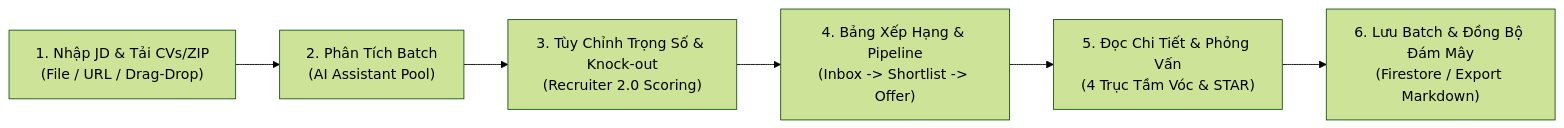
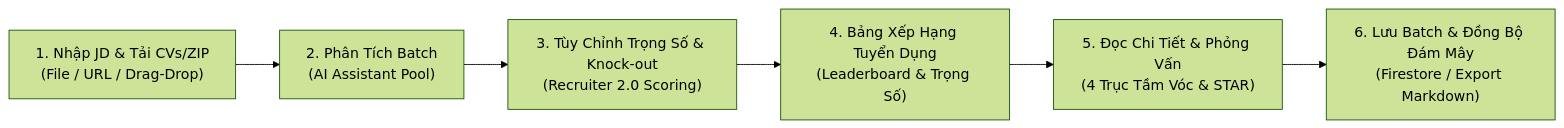
Before and after one commit to vutch86-cmyk/rolematch2: the diagram in docs/HUONG_DAN_SU_DUNG_CHO_NHA_TUYEN_DUNG.md, drawn with Mermaid (forest theme). The commit also changed other lines of this file and 5 other files, not shown here.

````diff
--- a/docs/HUONG_DAN_SU_DUNG_CHO_NHA_TUYEN_DUNG.md
+++ b/docs/HUONG_DAN_SU_DUNG_CHO_NHA_TUYEN_DUNG.md
@@ -26,8 +25,8 @@
 ```mermaid
 flowchart LR
     A["1. Nhập JD & Tải CVs/ZIP<br/>(File / URL / Drag-Drop)"] --> B["2. Phân Tích Batch<br/>(AI Assistant Pool)"]
     B --> C["3. Tùy Chỉnh Trọng Số & Knock-out<br/>(Recruiter 2.0 Scoring)"]
-    C --> D["4. Bảng Xếp Hạng & Pipeline<br/>(Inbox -> Shortlist -> Offer)"]
+    C --> D["4. Bảng Xếp Hạng Tuyển Dụng<br/>(Leaderboard & Trọng Số)"]
     D --> E["5. Đọc Chi Tiết & Phỏng Vấn<br/>(4 Trục Tầm Vóc & STAR)"]
     E --> F["6. Lưu Batch & Đồng Bộ Đám Mây<br/>(Firestore / Export Markdown)"]
 ```
````
